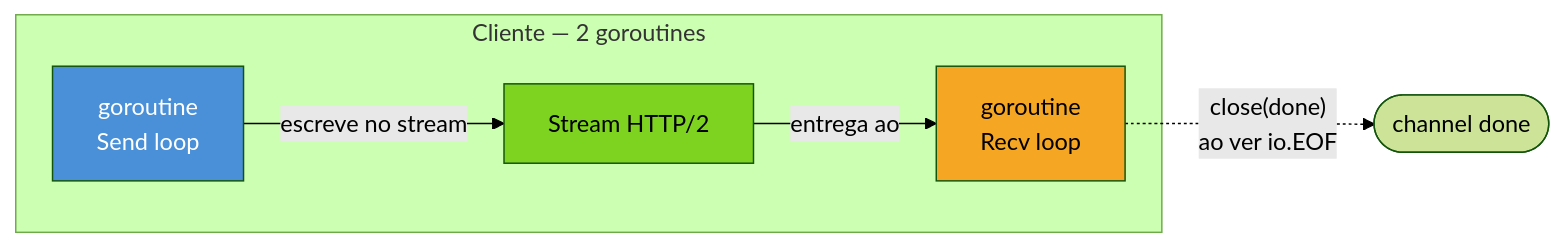
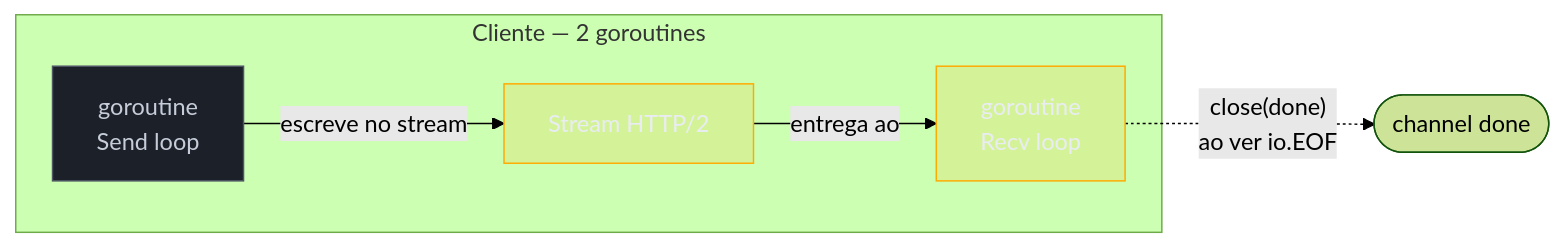
One commit to josenaldo/codex-technomanticus changed the second of 2 diagrams in 03-Dominios/Tecnologia/Go/12 - gRPC e protobuf/05 - Streaming.md. Above: the diagram before and after it, drawn with Mermaid (forest theme). The commit also changed 1181 other files, not shown here.

First line of the commit message:
fix(diagramas): paleta do sistema no lugar de cor cravada no markdown

````diff
--- a/03-Dominios/Tecnologia/Go/12 - gRPC e protobuf/05 - Streaming.md
+++ b/03-Dominios/Tecnologia/Go/12 - gRPC e protobuf/05 - Streaming.md
@@ -296,12 +296,14 @@
 ```mermaid
 flowchart LR
+    classDef neutro fill:#1B2029,stroke:#4E5666,color:#C6CCD8
+    classDef destaque fill:#FFAA0024,stroke:#FFAA00,color:#E9ECF2
     subgraph Cliente["Cliente — 2 goroutines"]
         GS["goroutine\nSend loop"] -->|escreve no stream| ST["Stream HTTP/2"]
         ST -->|entrega ao| GR["goroutine\nRecv loop"]
     end
     GR -.->|"close(done)\nao ver io.EOF"| DONE(["channel done"])
 
-    style GS fill:#4A90D9,color:#fff
-    style GR fill:#F5A623,color:#000
-    style ST fill:#7ED321,color:#000
+    class GS neutro
+    class GR destaque
+    class ST destaque
 ```
````
